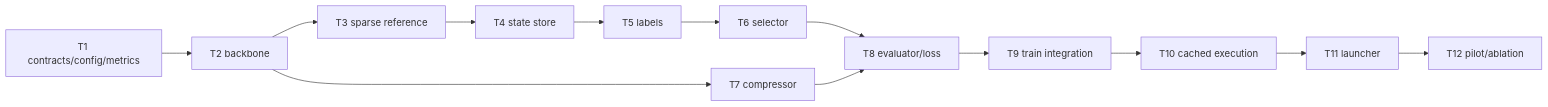
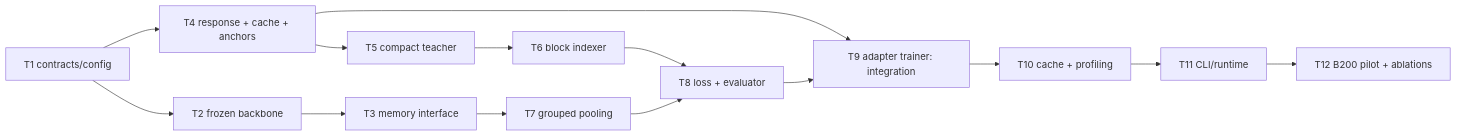
One commit to tranphuc15122004/fast_infer_for_text_sum changed the diagram in docs/superpowers/plans/2026-10-08-amr-dflash-implementation.md. Above: the diagram before and after it, drawn with Mermaid. The commit also changed other lines of this file and 43 other files, not shown here.

```diff
--- a/docs/superpowers/plans/2026-10-08-amr-dflash-implementation.md
+++ b/docs/superpowers/plans/2026-10-08-amr-dflash-implementation.md
@@ -44,15 +45,16 @@
 ~~~mermaid
 flowchart LR
-    T1["T1 contracts/config/metrics"] --> T2["T2 backbone"]
-    T2 --> T3["T3 sparse reference"]
-    T3 --> T4["T4 state store"]
-    T4 --> T5["T5 labels"]
-    T5 --> T6["T6 selector"]
-    T2 --> T7["T7 compressor"]
-    T6 --> T8["T8 evaluator/loss"]
+    T1["T1 contracts/config"] --> T2["T2 frozen backbone"]
+    T1 --> T4["T4 response + cache + anchors"]
+    T2 --> T3["T3 memory interface"]
+    T4 --> T5["T5 compact teacher"]
+    T5 --> T6["T6 block indexer"]
+    T3 --> T7["T7 grouped pooling"]
+    T6 --> T8["T8 loss + evaluator"]
     T7 --> T8
-    T8 --> T9["T9 train integration"]
-    T9 --> T10["T10 cached execution"]
-    T10 --> T11["T11 launcher"]
-    T11 --> T12["T12 pilot/ablation"]
+    T4 --> T9["T9 adapter trainer: integration"]
+    T8 --> T9
+    T9 --> T10["T10 cache + profiling"]
+    T10 --> T11["T11 CLI/runtime"]
+    T11 --> T12["T12 B200 pilot + ablations"]
 ~~~
```
